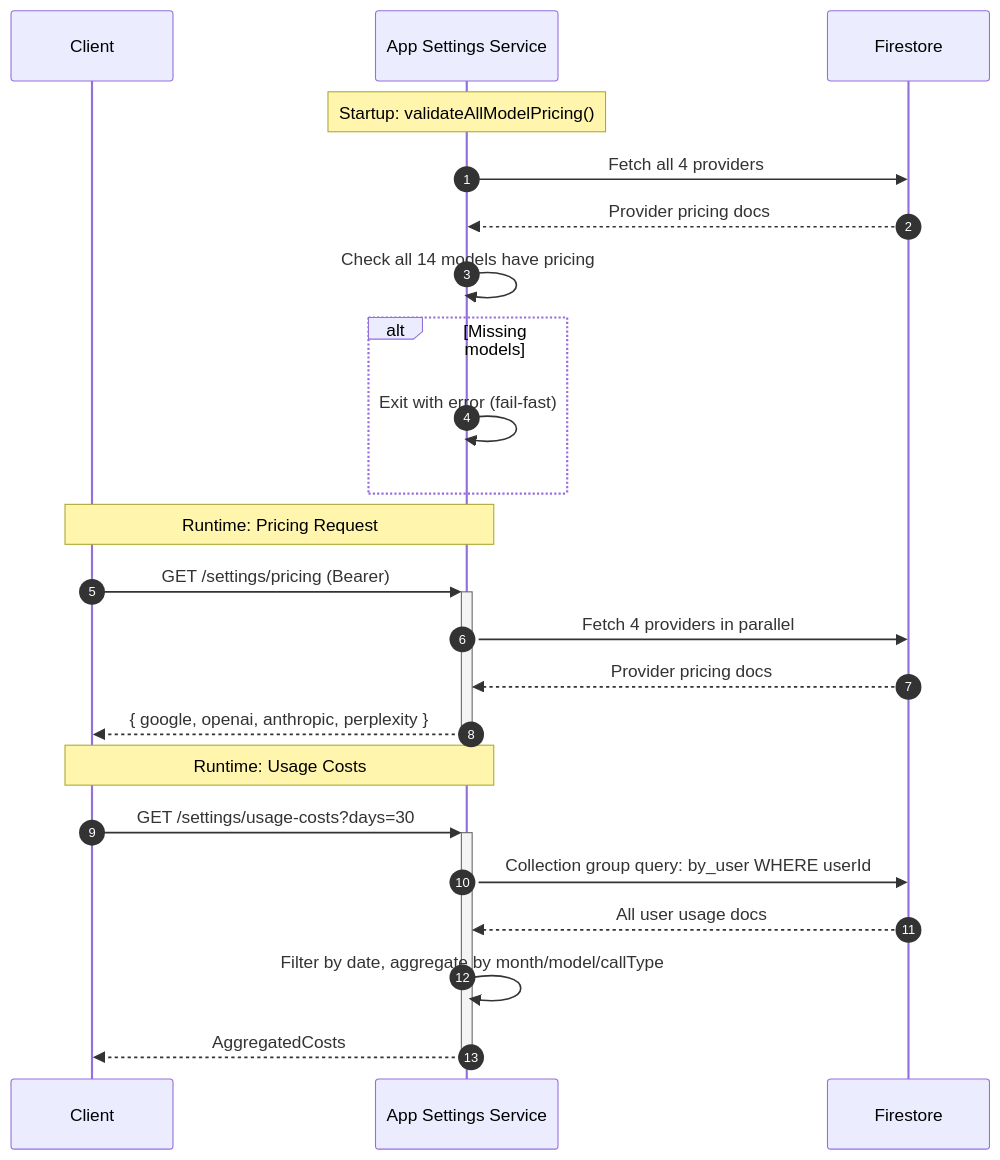
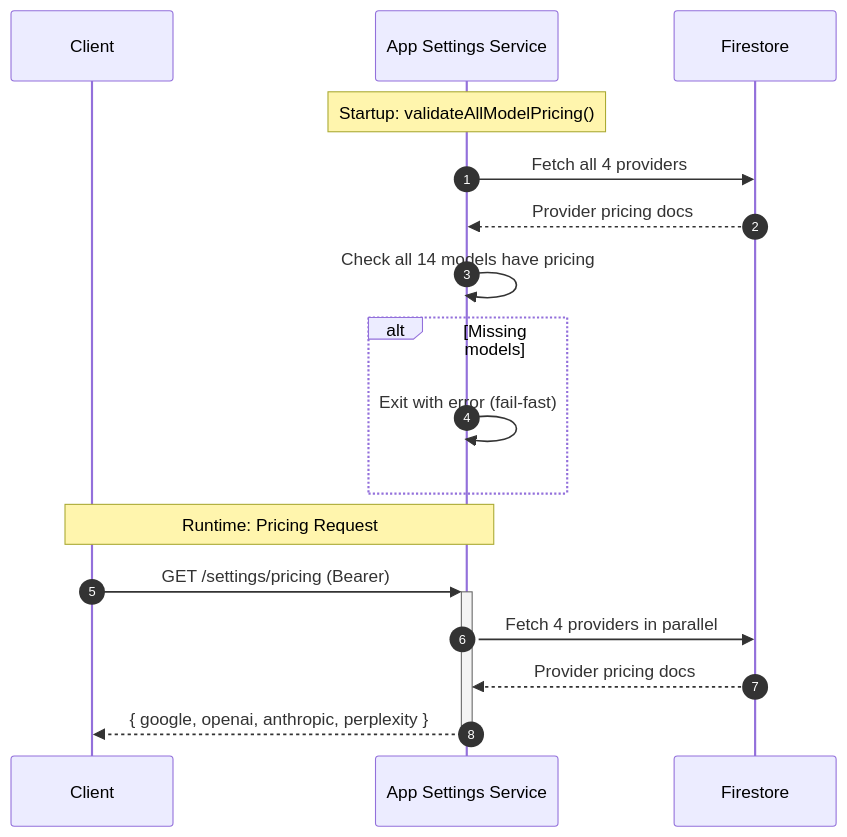
Before and after one commit to pbuchman/intexuraos: the second of 2 diagrams in docs/services/app-settings-service/technical.md, drawn with Mermaid. The commit also changed other lines of this file and 3 other files, not shown here.

````diff
--- a/docs/services/app-settings-service/technical.md
+++ b/docs/services/app-settings-service/technical.md
@@ -47,28 +43,22 @@
 ```mermaid
 sequenceDiagram
     autonumber
     participant Client
     participant Service as App Settings Service
     participant Firestore
 
     Note over Service: Startup: validateAllModelPricing()
     Service->>Firestore: Fetch all 4 providers
     Firestore-->>Service: Provider pricing docs
     Service->>Service: Check all 14 models have pricing
     alt Missing models
         Service->>Service: Exit with error (fail-fast)
     end
 
     Note over Client,Service: Runtime: Pricing Request
     Client->>+Service: GET /settings/pricing (Bearer)
     Service->>Firestore: Fetch 4 providers in parallel
     Firestore-->>Service: Provider pricing docs
     Service-->>-Client: { google, openai, anthropic, perplexity }
 
-    Note over Client,Service: Runtime: Usage Costs
-    Client->>+Service: GET /settings/usage-costs?days=30
-    Service->>Firestore: Collection group query: by_user WHERE userId
-    Firestore-->>Service: All user usage docs
-    Service->>Service: Filter by date, aggregate by month/model/callType
-    Service-->>-Client: AggregatedCosts
 ```
````
